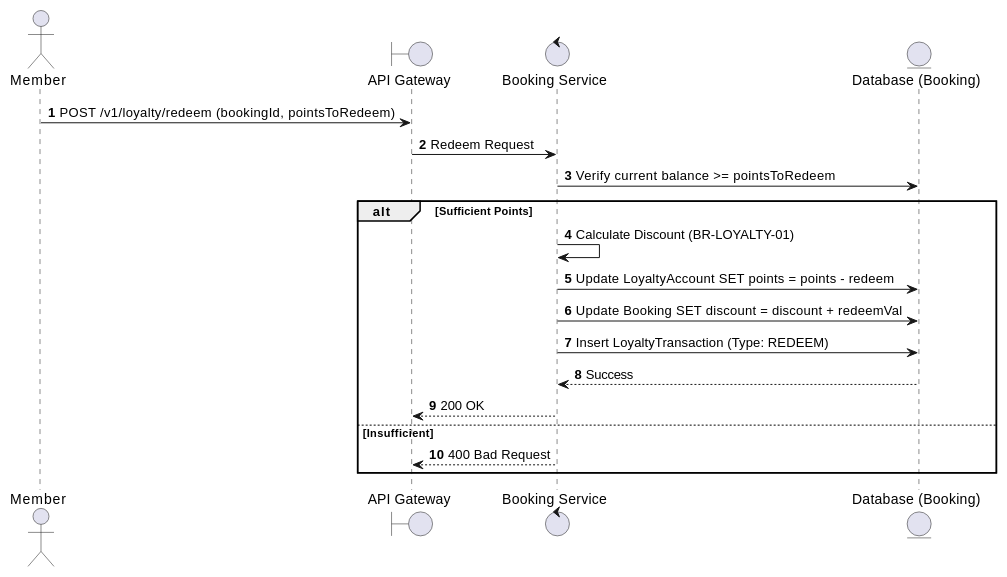
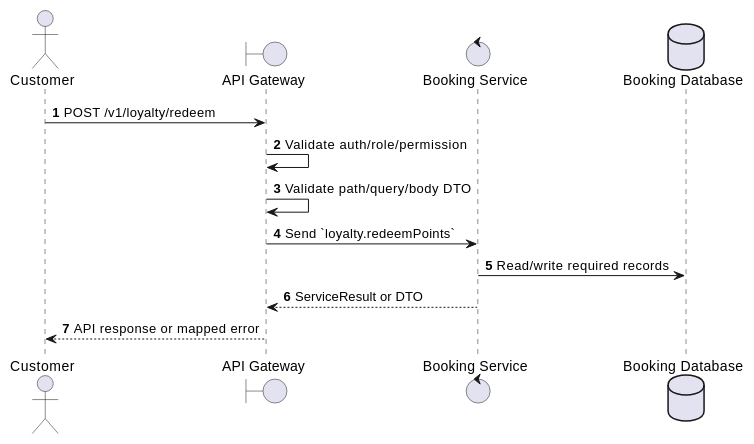
The first of 2 diagrams in docs/functional_specs/3.11_Loyalty_Points_Module/LY-04_Redeem_Points.md (Tanh1603/movie-hub-architecture), drawn with PlantUML before and after one commit. The commit also changed other lines of this file and 126 other files, not shown here.

````diff
--- a/docs/functional_specs/3.11_Loyalty_Points_Module/LY-04_Redeem_Points.md
+++ b/docs/functional_specs/3.11_Loyalty_Points_Module/LY-04_Redeem_Points.md
@@ -17,23 +17,17 @@
 ```plantuml
 @startuml
 autonumber
-actor Member
+actor "Customer" as Actor
 boundary "API Gateway" as GW
-control "Booking Service" as BS
-entity "Database (Booking)" as DB
+control "Booking Service" as SVC
+database "Booking Database" as DB
 
-Member -> GW: POST /v1/loyalty/redeem (bookingId, pointsToRedeem)
-GW -> BS: Redeem Request
-BS -> DB: Verify current balance >= pointsToRedeem
-alt Sufficient Points
-    BS -> BS: Calculate Discount (BR-LOYALTY-01)
-    BS -> DB: Update LoyaltyAccount SET points = points - redeem
-    BS -> DB: Update Booking SET discount = discount + redeemVal
-    BS -> DB: Insert LoyaltyTransaction (Type: REDEEM)
-    DB --> BS: Success
-    BS --> GW: 200 OK
-else Insufficient
-    BS --> GW: 400 Bad Request
-end
+Actor -> GW: POST /v1/loyalty/redeem
+GW -> GW: Validate auth/role/permission
+GW -> GW: Validate path/query/body DTO
+GW -> SVC: Send `loyalty.redeemPoints`
+SVC -> DB: Read/write required records
+SVC --> GW: ServiceResult or DTO
+GW --> Actor: API response or mapped error
 @enduml
 ```
````
